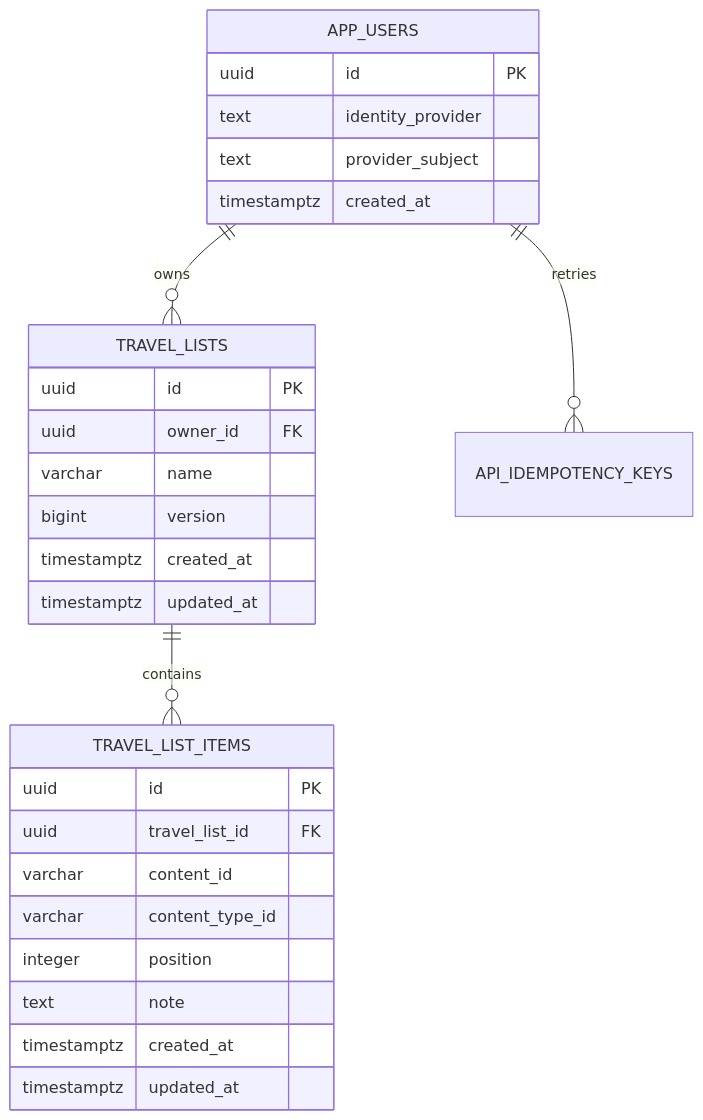
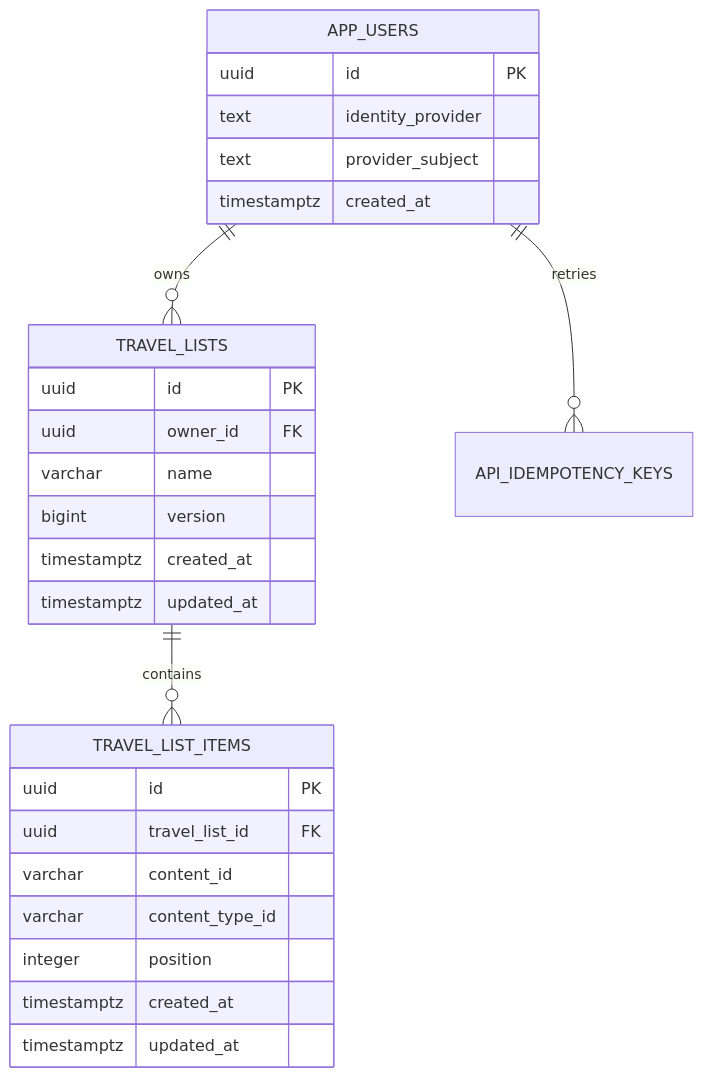
One commit to minjuko/trip-finder changed the diagram in docs/tf-03a-postgresql-design.md. Above: the diagram before and after it, drawn with Mermaid. The commit also changed other lines of this file, not shown here.

````diff
--- a/docs/tf-03a-postgresql-design.md
+++ b/docs/tf-03a-postgresql-design.md
@@ -81,30 +97,29 @@
 ```mermaid
 erDiagram
   APP_USERS ||--o{ TRAVEL_LISTS : owns
   TRAVEL_LISTS ||--o{ TRAVEL_LIST_ITEMS : contains
   APP_USERS ||--o{ API_IDEMPOTENCY_KEYS : retries
   APP_USERS {
     uuid id PK
     text identity_provider
     text provider_subject
     timestamptz created_at
   }
   TRAVEL_LISTS {
     uuid id PK
     uuid owner_id FK
     varchar name
     bigint version
     timestamptz created_at
     timestamptz updated_at
   }
   TRAVEL_LIST_ITEMS {
     uuid id PK
     uuid travel_list_id FK
     varchar content_id
     varchar content_type_id
     integer position
-    text note
     timestamptz created_at
     timestamptz updated_at
   }
 ```
````
